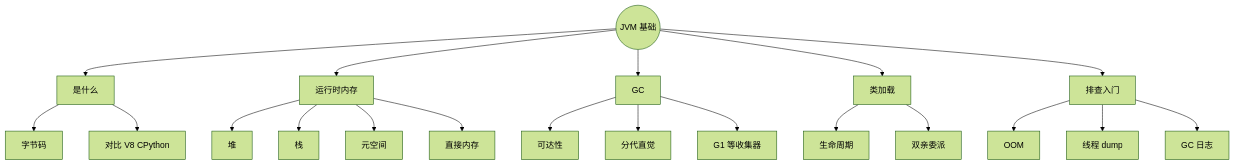
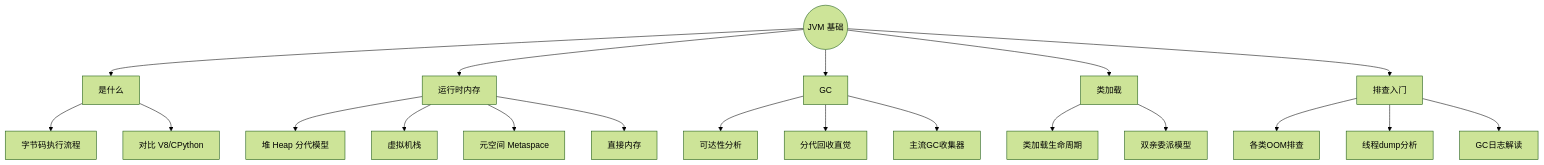
One commit to l552177239/my-note changed the first of 8 diagrams in docs/02.后端/01.Java/17.JVM 基础.md. Above: the diagram before and after it, drawn with Mermaid (forest theme). The commit also changed other lines of this file and 1 other file, not shown here.

Commit message:
feat: Update Java concurrency and JVM notes with new insights, improved structure, and visual diagrams

````diff
--- a/docs/02.后端/01.Java/17.JVM 基础.md
+++ b/docs/02.后端/01.Java/17.JVM 基础.md
@@ -35,29 +38,24 @@
 ```mermaid
 flowchart TB
     ROOT(("JVM 基础"))
-
     ROOT --> A["是什么"]
     ROOT --> B["运行时内存"]
     ROOT --> C["GC"]
     ROOT --> D["类加载"]
     ROOT --> E["排查入门"]
+    A --> A1["字节码执行流程"]
+    A --> A2["对比 V8/CPython"]
+    B --> B1["堆 Heap 分代模型"]
+    B --> B2["虚拟机栈"]
+    B --> B3["元空间 Metaspace"]
+    B --> B4["直接内存"]
+    C --> C1["可达性分析"]
+    C --> C2["分代回收直觉"]
+    C --> C3["主流GC收集器"]
+    D --> D1["类加载生命周期"]
+    D --> D2["双亲委派模型"]
+    E --> E1["各类OOM排查"]
+    E --> E2["线程dump分析"]
+    E --> E3["GC日志解读"]
 
-    A --> A1["字节码"]
-    A --> A2["对比 V8 CPython"]
-
-    B --> B1["堆"]
-    B --> B2["栈"]
-    B --> B3["元空间"]
-    B --> B4["直接内存"]
-
-    C --> C1["可达性"]
-    C --> C2["分代直觉"]
-    C --> C3["G1 等收集器"]
-
-    D --> D1["生命周期"]
-    D --> D2["双亲委派"]
-
-    E --> E1["OOM"]
-    E --> E2["线程 dump"]
-    E --> E3["GC 日志"]
 ```
````
